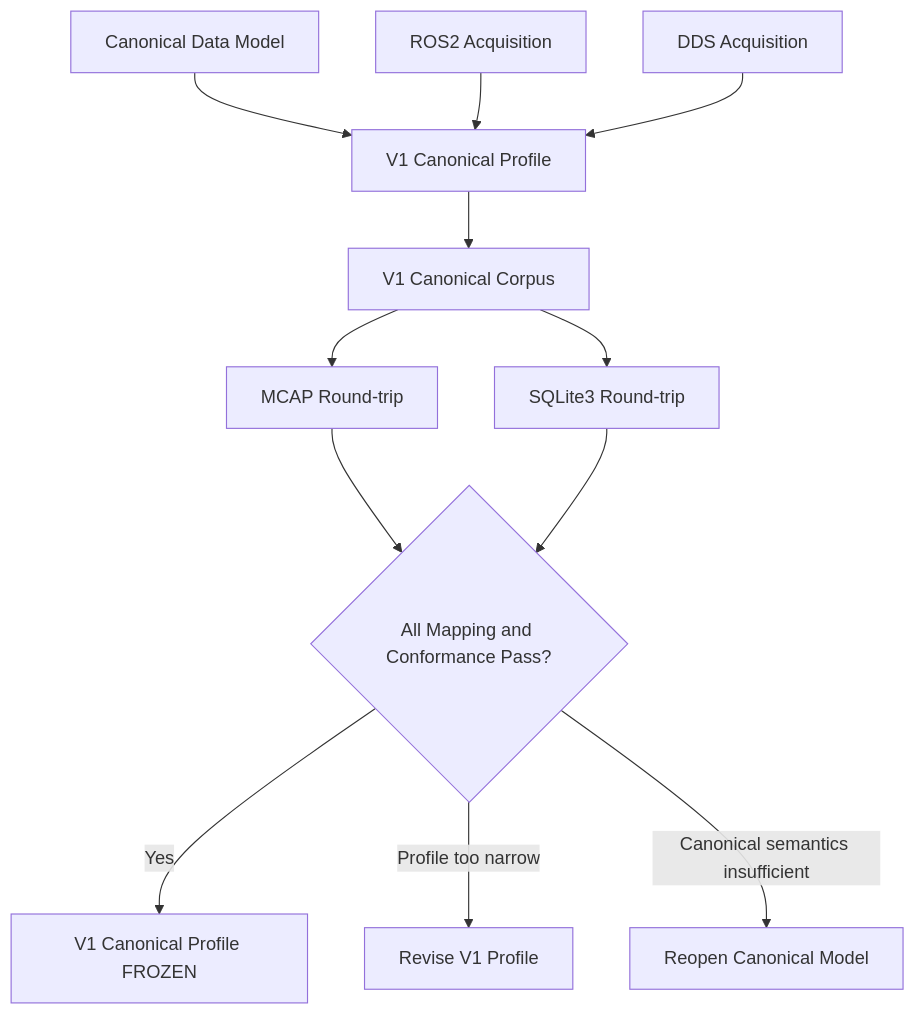
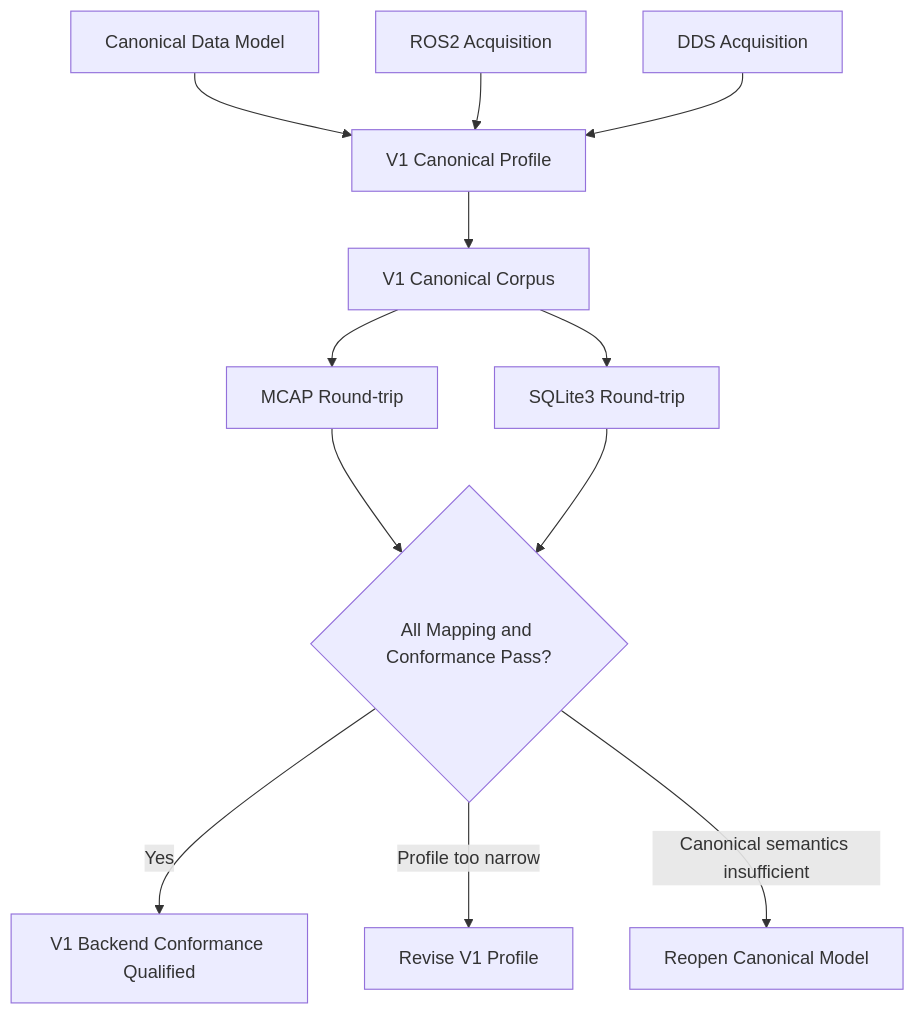
The fifth of 5 diagrams in docs/design/canonical_profile.md (SiYueY/rodaq), drawn with Mermaid before and after one commit. The commit also changed other lines of this file and 17 other files, not shown here.

````diff
--- a/docs/design/canonical_profile.md
+++ b/docs/design/canonical_profile.md
@@ -3563,22 +3620,22 @@
 ```mermaid
 flowchart TD
     CDM[Canonical Data Model]
     V1[V1 Canonical Profile]
 
     CDM --> V1
 
     ROS[ROS2 Acquisition] --> V1
     DDS[DDS Acquisition] --> V1
 
     V1 --> CORPUS[V1 Canonical Corpus]
 
     CORPUS --> MCAP[MCAP Round-trip]
     CORPUS --> SQL[SQLite3 Round-trip]
 
     MCAP --> REVIEW{All Mapping and Conformance Pass?}
     SQL --> REVIEW
 
-    REVIEW -->|Yes| FROZEN[V1 Canonical Profile FROZEN]
+    REVIEW -->|Yes| QUALIFIED[V1 Backend Conformance Qualified]
     REVIEW -->|Profile too narrow| UPDATE[Revise V1 Profile]
     REVIEW -->|Canonical semantics insufficient| REOPEN[Reopen Canonical Model]
 ```
````
